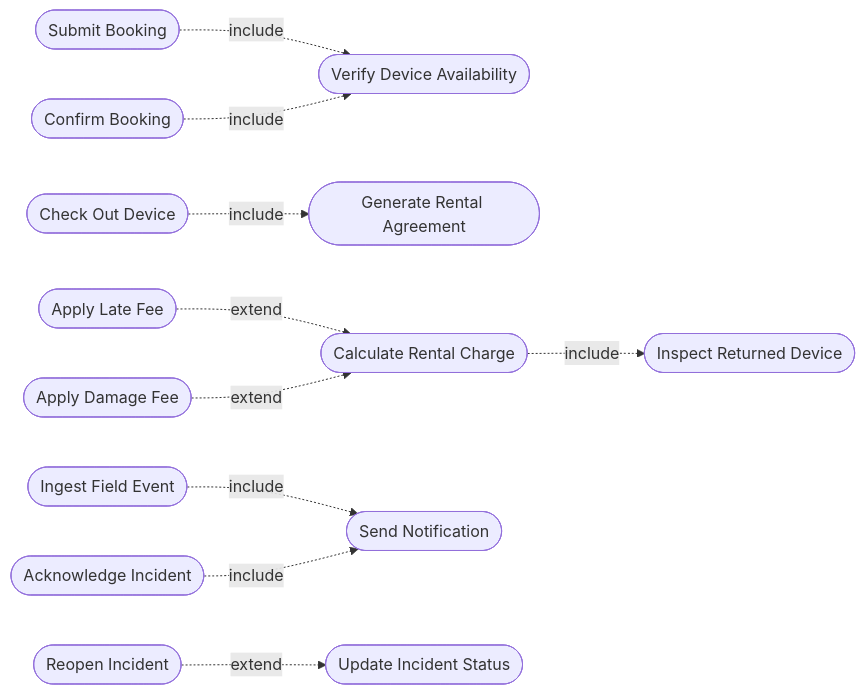
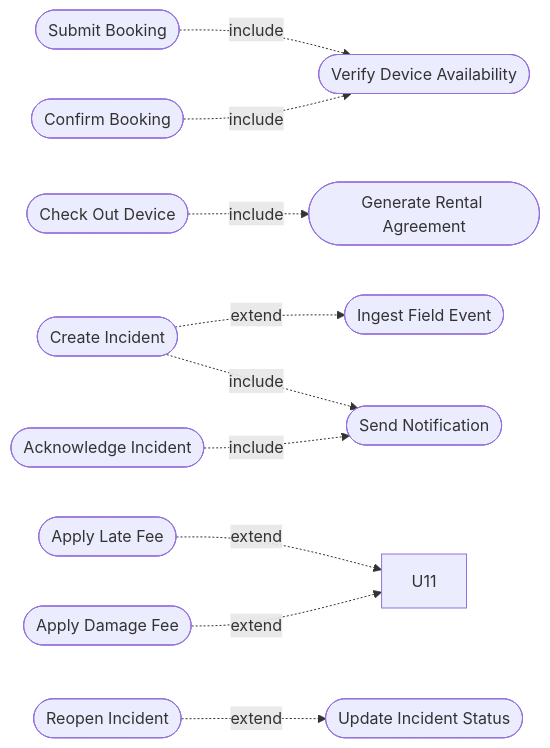
One commit to TrekLink-Team/treklink-docs changed the fourth of 7 diagrams in _docs/00-project-context/06-requirements-foundation.md. Above: the diagram before and after it, drawn with Mermaid. The commit also changed other lines of this file and 6 other files, not shown here.

First line of the commit message:
docs: SRS interview answers, Main Flow stage naming and report figure rules

````diff
--- a/_docs/00-project-context/06-requirements-foundation.md
+++ b/_docs/00-project-context/06-requirements-foundation.md
@@ -118,12 +120,12 @@
 ```mermaid
 flowchart LR
     U2([Submit Booking]) -. include .-> U22([Verify Device Availability])
     U4([Confirm Booking]) -. include .-> U22
     U8([Check Out Device]) -. include .-> U7([Generate Rental Agreement])
-    U11([Calculate Rental Charge]) -. include .-> U10([Inspect Returned Device])
-    U13([Ingest Field Event]) -. include .-> U23([Send Notification])
+    U49([Create Incident]) -. extend .-> U13([Ingest Field Event])
+    U49 -. include .-> U23([Send Notification])
     U15([Acknowledge Incident]) -. include .-> U23
     U24([Apply Late Fee]) -. extend .-> U11
     U25([Apply Damage Fee]) -. extend .-> U11
     U26([Reopen Incident]) -. extend .-> U16([Update Incident Status])
 ```
````
